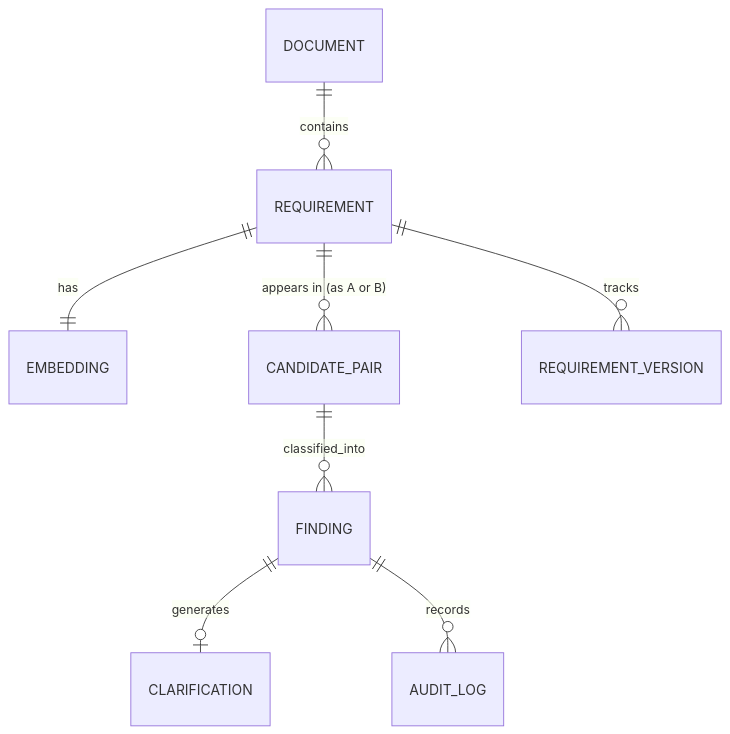
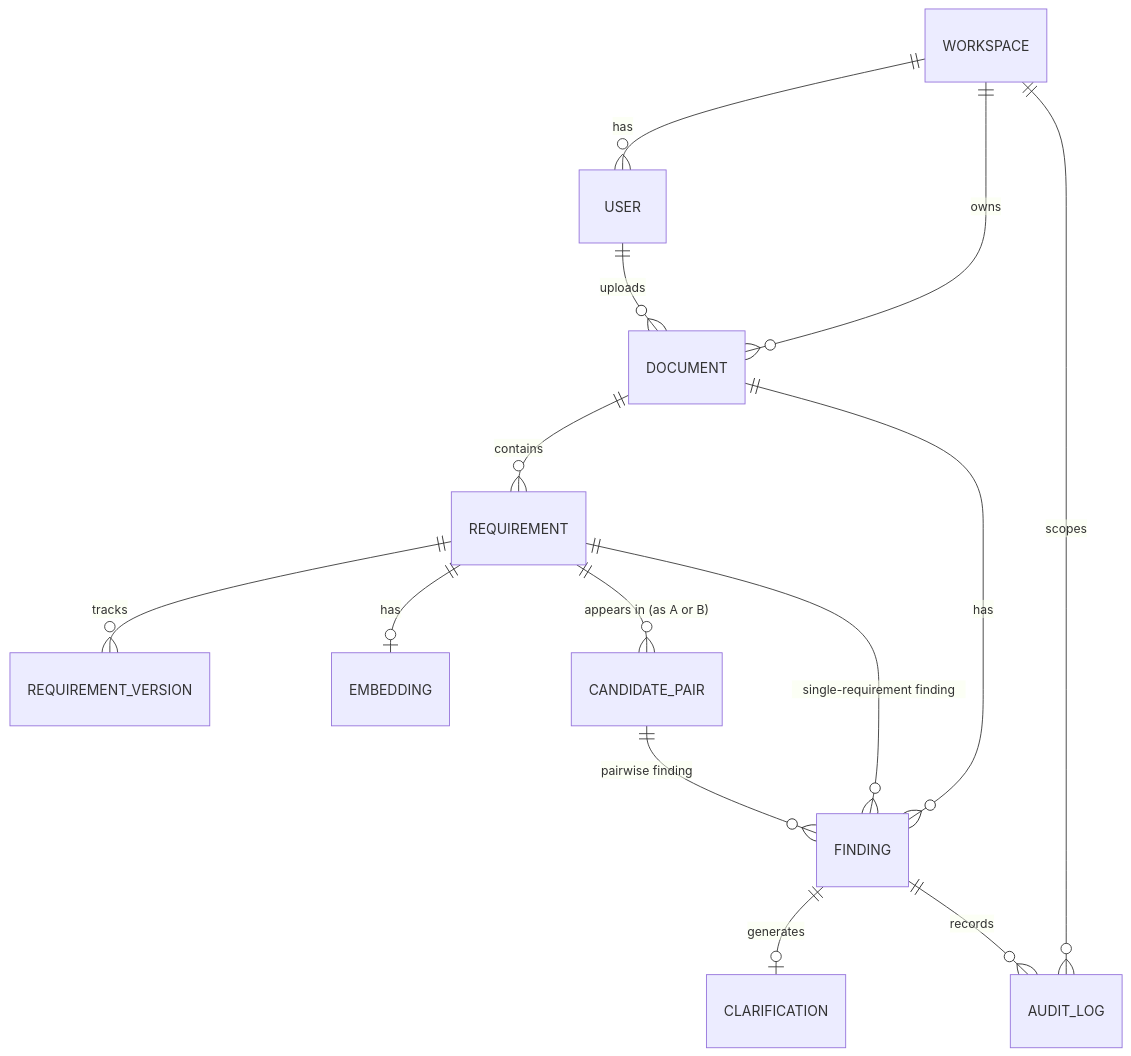
One commit to ParthAgrawal-07/AI-Requirements-Conflict-Dectector changed the diagram in docs/engineering/data-model.md. Above: the diagram before and after it, drawn with Mermaid. The commit also changed other lines of this file and 19 other files, not shown here.

````diff
--- a/docs/engineering/data-model.md
+++ b/docs/engineering/data-model.md
@@ -14,10 +15,16 @@
 ```mermaid
 erDiagram
+  WORKSPACE ||--o{ USER : has
+  WORKSPACE ||--o{ DOCUMENT : owns
+  USER ||--o{ DOCUMENT : uploads
   DOCUMENT ||--o{ REQUIREMENT : contains
-  REQUIREMENT ||--|| EMBEDDING : has
+  REQUIREMENT ||--o{ REQUIREMENT_VERSION : tracks
+  REQUIREMENT ||--o| EMBEDDING : has
   REQUIREMENT ||--o{ CANDIDATE_PAIR : "appears in (as A or B)"
-  CANDIDATE_PAIR ||--o{ FINDING : classified_into
+  DOCUMENT ||--o{ FINDING : has
+  CANDIDATE_PAIR ||--o{ FINDING : "pairwise finding"
+  REQUIREMENT ||--o{ FINDING : "single-requirement finding"
   FINDING ||--o| CLARIFICATION : generates
+  WORKSPACE ||--o{ AUDIT_LOG : scopes
   FINDING ||--o{ AUDIT_LOG : records
-  REQUIREMENT ||--o{ REQUIREMENT_VERSION : tracks
 ```
````
